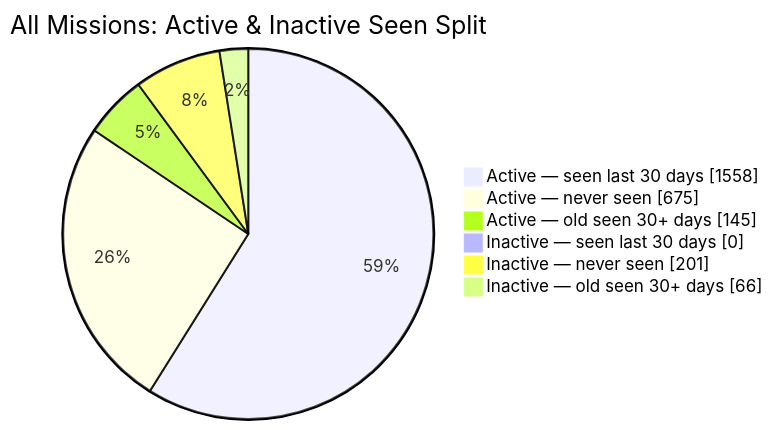
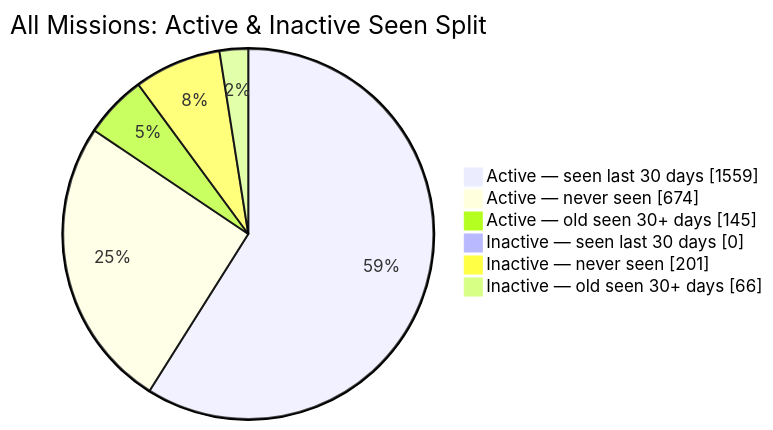
The second of 2 diagrams in README.md (MeldkamerspelGameTeam/active-missions), drawn with Mermaid before and after one commit. The commit also changed other lines of this file and 3 other files, not shown here.

````diff
--- a/README.md
+++ b/README.md
@@ -44,10 +44,10 @@
 ```mermaid
 pie showData
     title All Missions: Active & Inactive Seen Split
-    "Active — seen last 30 days" : 1558
-    "Active — never seen" : 675
+    "Active — seen last 30 days" : 1559
+    "Active — never seen" : 674
     "Active — old seen 30+ days" : 145
     "Inactive — seen last 30 days" : 0
     "Inactive — never seen" : 201
     "Inactive — old seen 30+ days" : 66
 ```
````
